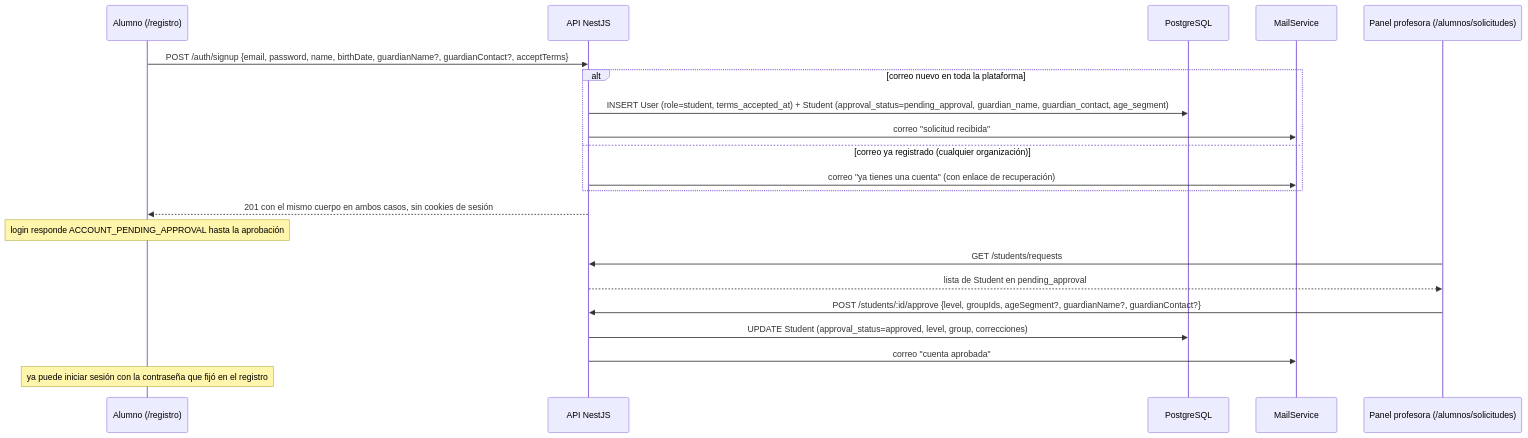
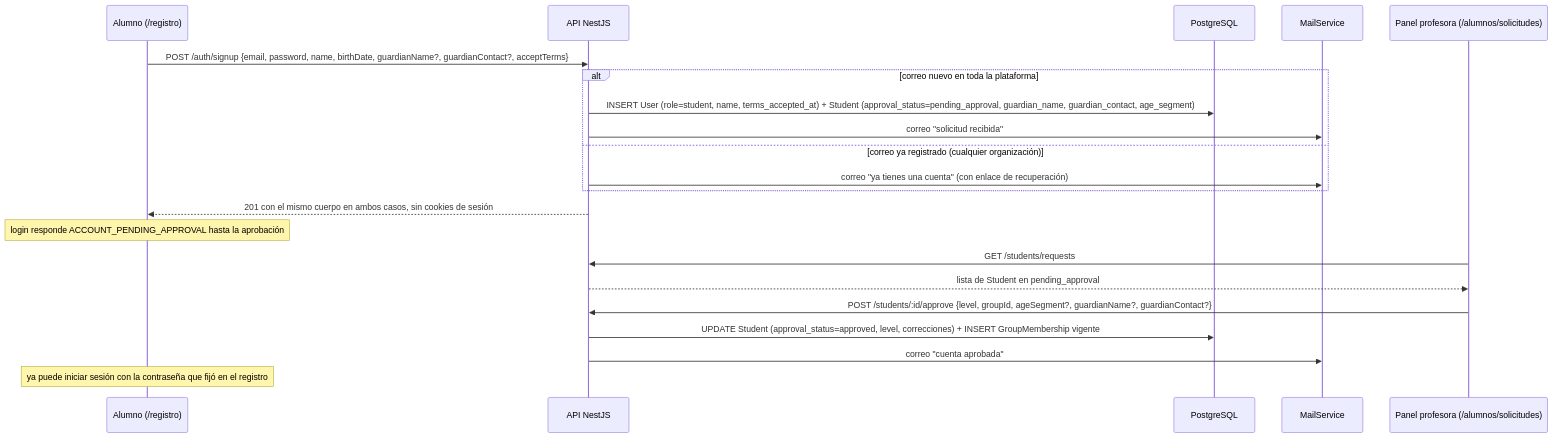
The third of 5 diagrams in planning/architecture-overview.md (Samuel-Duque/englove), drawn with Mermaid before and after one commit. The commit also changed other lines of this file and 4 other files, not shown here.

````diff
--- a/planning/architecture-overview.md
+++ b/planning/architecture-overview.md
@@ -537,23 +598,23 @@
 ```mermaid
 sequenceDiagram
   participant S as Alumno (/registro)
   participant A as API NestJS
   participant DB as PostgreSQL
   participant M as MailService
   participant T as Panel profesora (/alumnos/solicitudes)
   S->>A: POST /auth/signup {email, password, name, birthDate, guardianName?, guardianContact?, acceptTerms}
   alt correo nuevo en toda la plataforma
-    A->>DB: INSERT User (role=student, terms_accepted_at) + Student (approval_status=pending_approval, guardian_name, guardian_contact, age_segment)
+    A->>DB: INSERT User (role=student, name, terms_accepted_at) + Student (approval_status=pending_approval, guardian_name, guardian_contact, age_segment)
     A->>M: correo "solicitud recibida"
   else correo ya registrado (cualquier organización)
     A->>M: correo "ya tienes una cuenta" (con enlace de recuperación)
   end
   A-->>S: 201 con el mismo cuerpo en ambos casos, sin cookies de sesión
   Note over S: login responde ACCOUNT_PENDING_APPROVAL hasta la aprobación
   T->>A: GET /students/requests
   A-->>T: lista de Student en pending_approval
-  T->>A: POST /students/:id/approve {level, groupIds, ageSegment?, guardianName?, guardianContact?}
-  A->>DB: UPDATE Student (approval_status=approved, level, group, correcciones)
+  T->>A: POST /students/:id/approve {level, groupId, ageSegment?, guardianName?, guardianContact?}
+  A->>DB: UPDATE Student (approval_status=approved, level, correcciones) + INSERT GroupMembership vigente
   A->>M: correo "cuenta aprobada"
   Note over S: ya puede iniciar sesión con la contraseña que fijó en el registro
 ```
````
